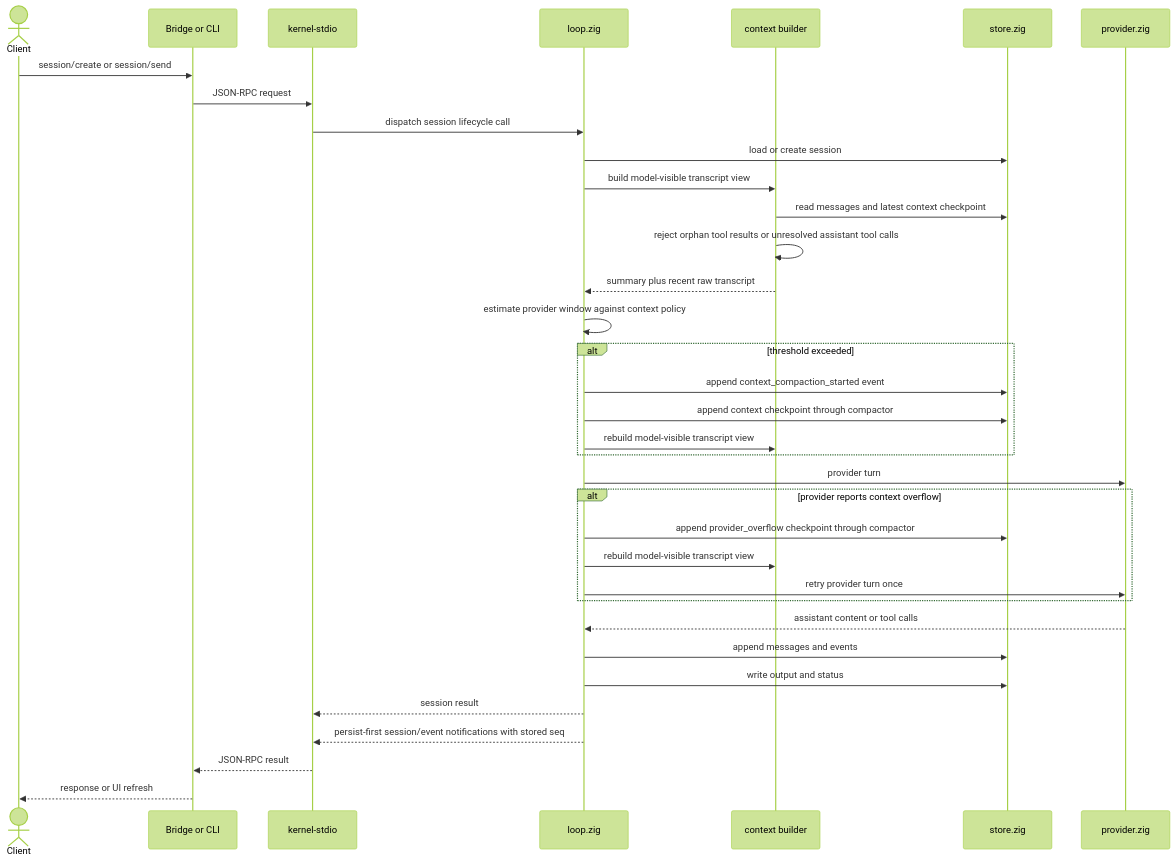
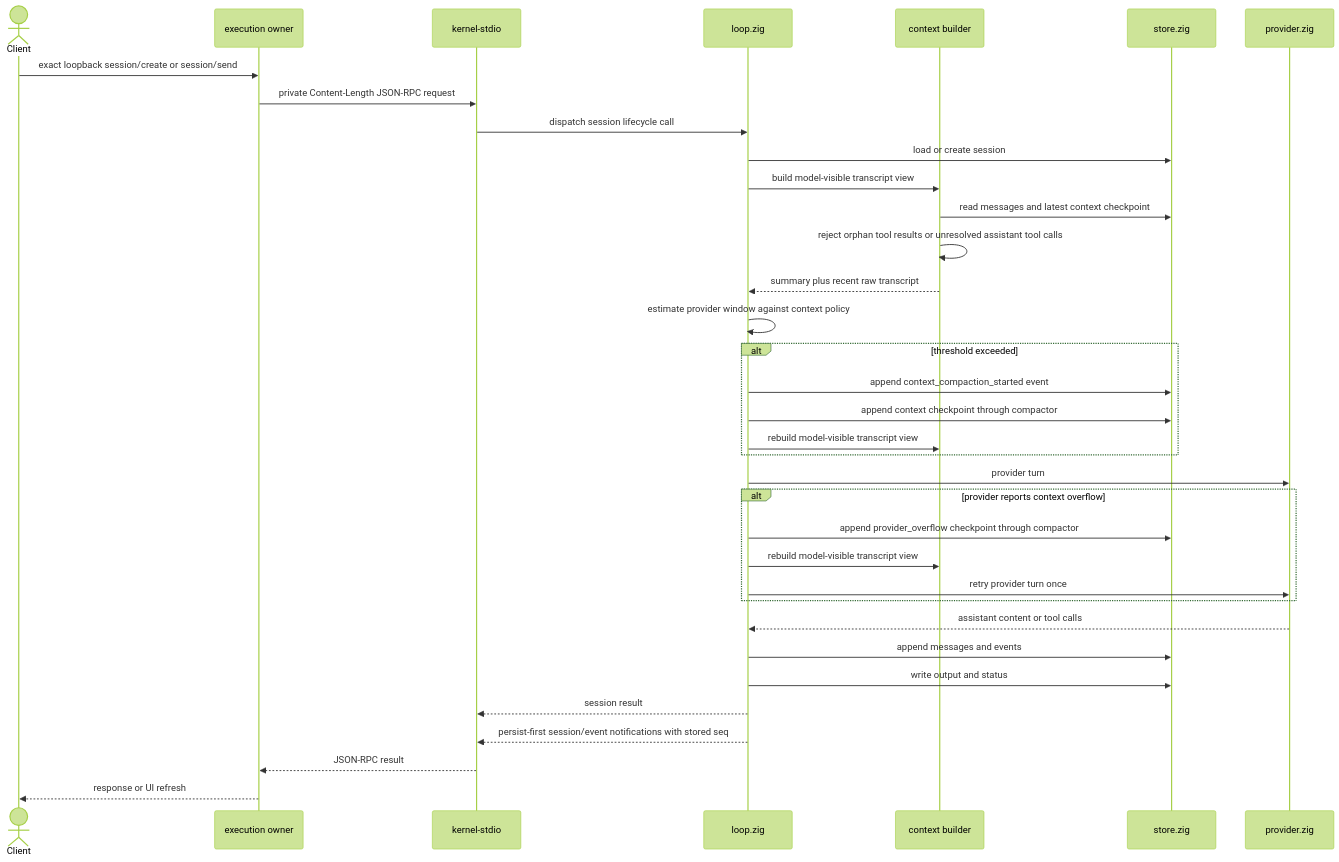
The second of 8 diagrams in apps/backend/architecture.md (savageops/VANTARI-ONE), drawn with Mermaid (forest theme) before and after one commit. The commit also changed other lines of this file and 34 other files, not shown here.

Commit message:
feat: persist the execution owner

````diff
--- a/apps/backend/architecture.md
+++ b/apps/backend/architecture.md
@@ -120,38 +135,38 @@
 ```mermaid
 sequenceDiagram
   actor C as Client
-  participant B as Bridge or CLI
+  participant O as execution owner
   participant K as kernel-stdio
   participant E as loop.zig
   participant X as context builder
   participant S as store.zig
   participant P as provider.zig
 
-  C->>B: session/create or session/send
-  B->>K: JSON-RPC request
+  C->>O: exact loopback session/create or session/send
+  O->>K: private Content-Length JSON-RPC request
   K->>E: dispatch session lifecycle call
   E->>S: load or create session
   E->>X: build model-visible transcript view
   X->>S: read messages and latest context checkpoint
   X->>X: reject orphan tool results or unresolved assistant tool calls
   X-->>E: summary plus recent raw transcript
   E->>E: estimate provider window against context policy
   alt threshold exceeded
     E->>S: append context_compaction_started event
     E->>S: append context checkpoint through compactor
     E->>X: rebuild model-visible transcript view
   end
   E->>P: provider turn
   alt provider reports context overflow
     E->>S: append provider_overflow checkpoint through compactor
     E->>X: rebuild model-visible transcript view
     E->>P: retry provider turn once
   end
   P-->>E: assistant content or tool calls
   E->>S: append messages and events
   E->>S: write output and status
   E-->>K: session result
   E-->>K: persist-first session/event notifications with stored seq
-  K-->>B: JSON-RPC result
-  B-->>C: response or UI refresh
+  K-->>O: JSON-RPC result
+  O-->>C: response or UI refresh
 ```
````
